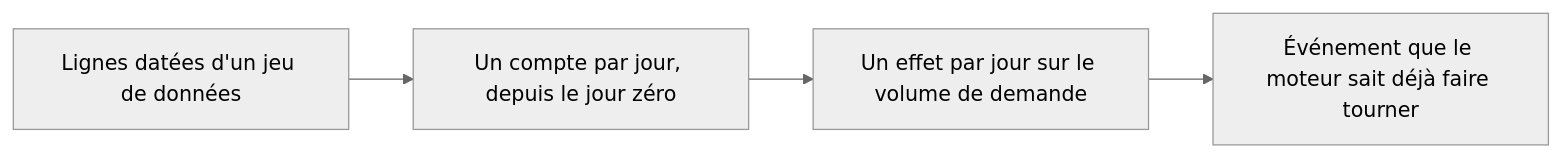
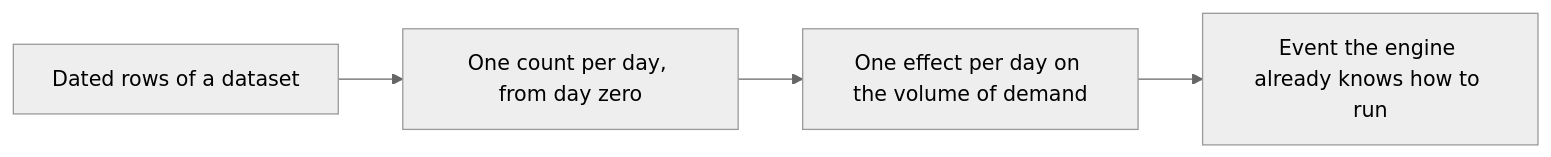
Before and after one commit to V1ktor7/obscyro: diagram 17 of 30 in frontend/content/docs/product/algorithms.md, drawn with Mermaid (neutral theme). The commit also changed other lines of this file and 15 other files, not shown here.

````diff
--- a/frontend/content/docs/product/algorithms.md
+++ b/frontend/content/docs/product/algorithms.md
@@ -596,6 +597,6 @@
 ```mermaid
 flowchart LR
-    A["Lignes datées d'un jeu de données"] --> B["Un compte par jour, depuis le jour zéro"]
-    B --> C["Un effet par jour sur le volume de demande"]
-    C --> D["Événement que le moteur sait déjà faire tourner"]
+    A["Dated rows of a dataset"] --> B["One count per day, from day zero"]
+    B --> C["One effect per day on the volume of demand"]
+    C --> D["Event the engine already knows how to run"]
 ```
````
